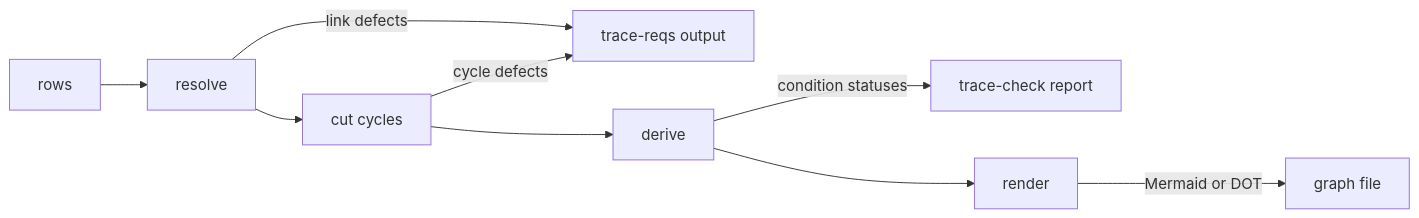
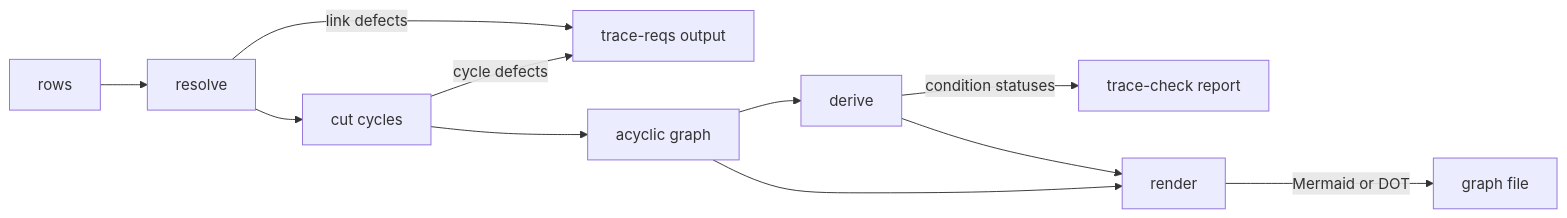
One commit to Dyse-Industries/control-rs changed the diagram in documentation/vv/tracer-link-graph-design.md. Above: the diagram before and after it, drawn with Mermaid. The commit also changed other lines of this file and 3 other files, not shown here.

First line of the commit message:
Mdsdev/link graph cache (#132)

````diff
--- a/documentation/vv/tracer-link-graph-design.md
+++ b/documentation/vv/tracer-link-graph-design.md
@@ -86,11 +95,13 @@
 ```mermaid
 flowchart LR
     R[rows] --> A[resolve]
     A -->|link defects| D1[trace-reqs output]
     A --> B[cut cycles]
     B -->|cycle defects| D1
-    B --> C[derive]
+    B --> G[acyclic graph]
+    G --> C[derive]
     C -->|condition statuses| D2[trace-check report]
-    C --> E[render]
+    G --> E[render]
+    C --> E
     E -->|Mermaid or DOT| D3[graph file]
 ```
````
